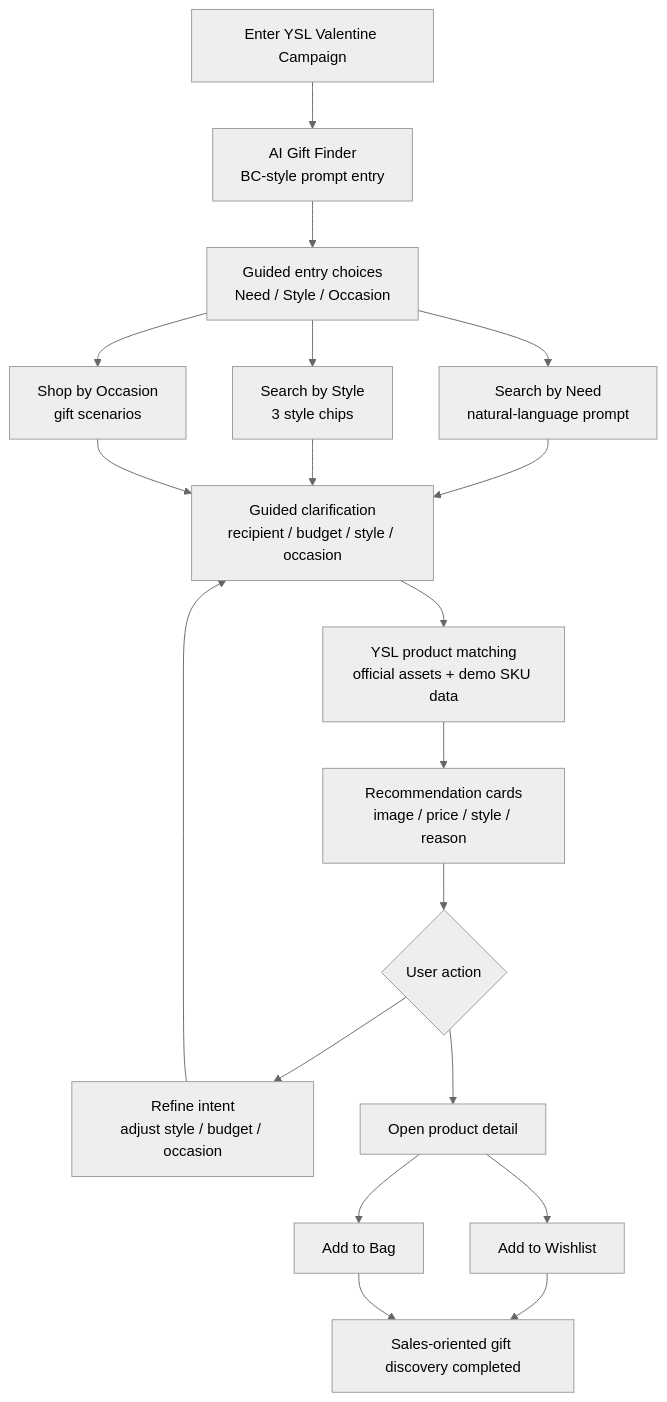
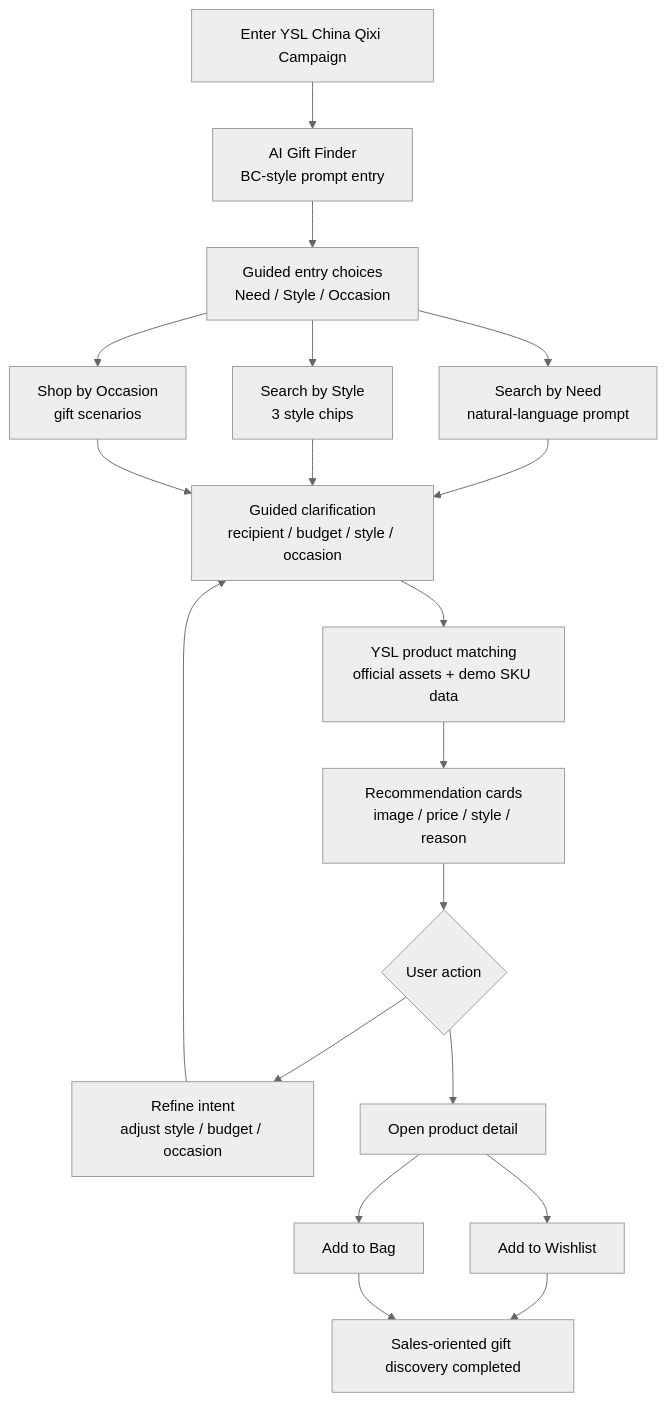
One commit to AI-TryOn-Project/ysl-campaign changed the first of 4 diagrams in PRD.md. Above: the diagram before and after it, drawn with Mermaid (neutral theme). The commit also changed other lines of this file, not shown here.

Commit message:
Refocus PRD on summer Qixi scenarios

````diff
--- a/PRD.md
+++ b/PRD.md
@@ -353,23 +373,23 @@
 ```mermaid
 flowchart TD
-  A["Enter YSL Valentine Campaign"] --> B["AI Gift Finder<br/>BC-style prompt entry"]
+  A["Enter YSL China Qixi Campaign"] --> B["AI Gift Finder<br/>BC-style prompt entry"]
   B --> C["Guided entry choices<br/>Need / Style / Occasion"]
   C --> D1["Search by Need<br/>natural-language prompt"]
   C --> D2["Search by Style<br/>3 style chips"]
   C --> D3["Shop by Occasion<br/>gift scenarios"]
 
   D1 --> E["Guided clarification<br/>recipient / budget / style / occasion"]
   D2 --> E
   D3 --> E
 
   E --> F["YSL product matching<br/>official assets + demo SKU data"]
   F --> G["Recommendation cards<br/>image / price / style / reason"]
   G --> H{"User action"}
   H --> I["Refine intent<br/>adjust style / budget / occasion"]
   I --> E
   H --> J["Open product detail"]
   J --> K1["Add to Wishlist"]
   J --> K2["Add to Bag"]
   K1 --> L["Sales-oriented gift discovery completed"]
   K2 --> L
 ```
````
